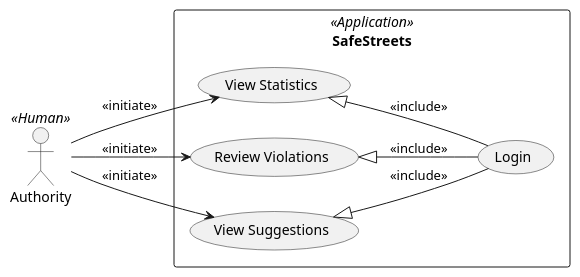
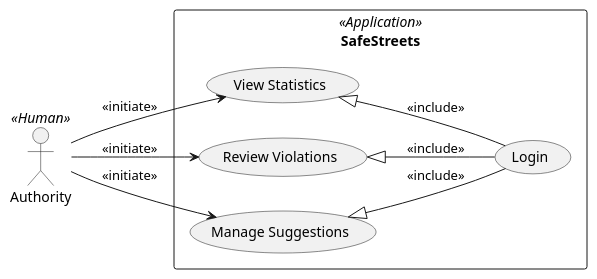
The diagram in diagrams/rasd_use_case_diagram_authority.wsd (fuljo/FulginiDiCesare-SE2), drawn with PlantUML before and after one commit. The commit also changed 9 other files, not shown here.

```diff
--- a/diagrams/rasd_use_case_diagram_authority.wsd
+++ b/diagrams/rasd_use_case_diagram_authority.wsd
@@ -1,19 +1,19 @@
 @startuml rasd_use_case_diagram_authority
 left to right direction
 skinparam Shadowing false
 
 :Authority: <<Human>>
 :SafeStreets: <<Application>>
 
 rectangle SafeStreets{
     (Login)
     (View Statistics) <|-- (Login) : <<include>>
     (Review Violations) <|-- (Login) : <<include>>
-    (View Suggestions) <|-- (Login) : <<include>>
+    (Manage Suggestions) <|-- (Login) : <<include>>
 }
 
 :Authority: --> (View Statistics) : <<initiate>>
 :Authority: --> (Review Violations) : <<initiate>>
-:Authority: --> (View Suggestions): <<initiate>>
+:Authority: --> (Manage Suggestions): <<initiate>>
 
 @enduml
```
